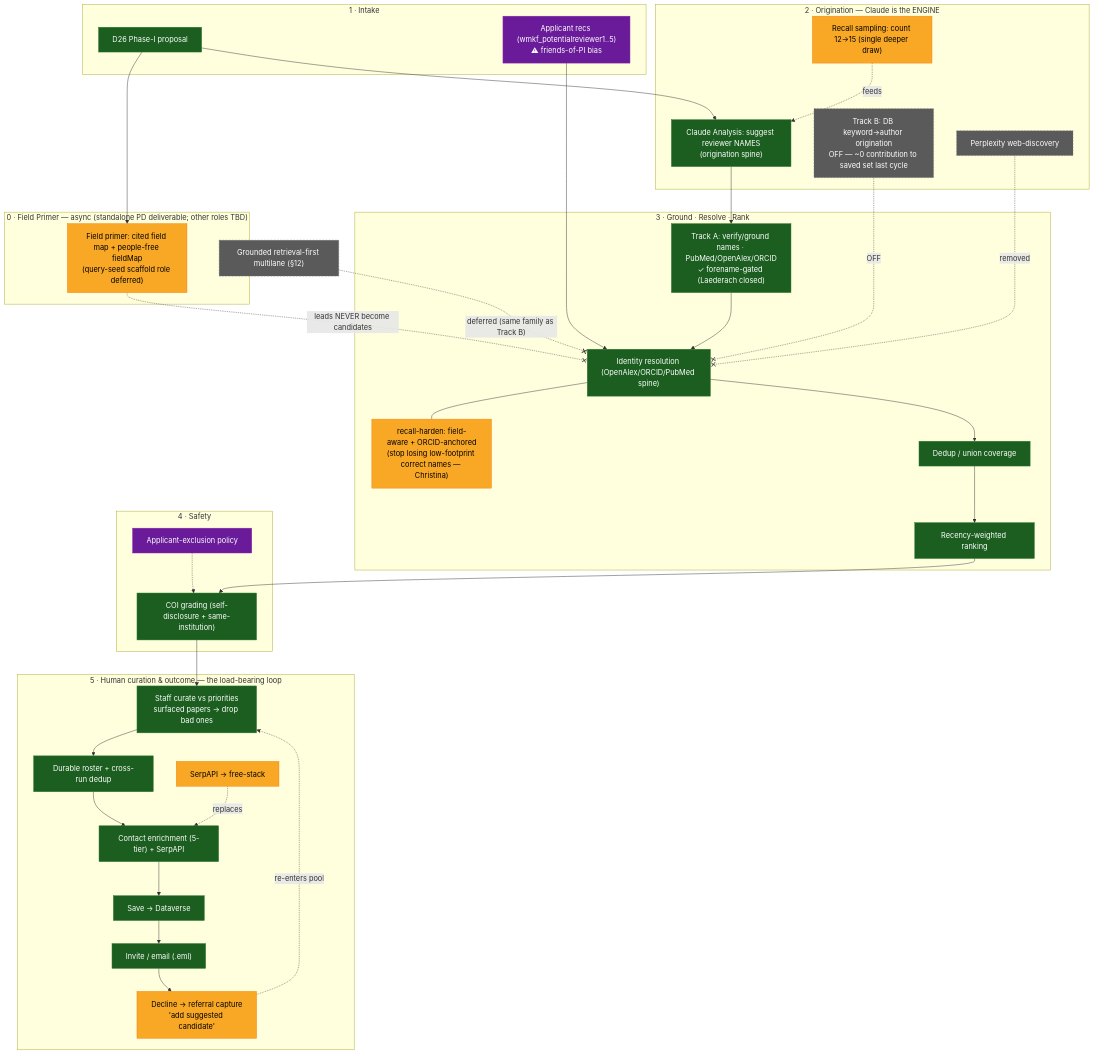
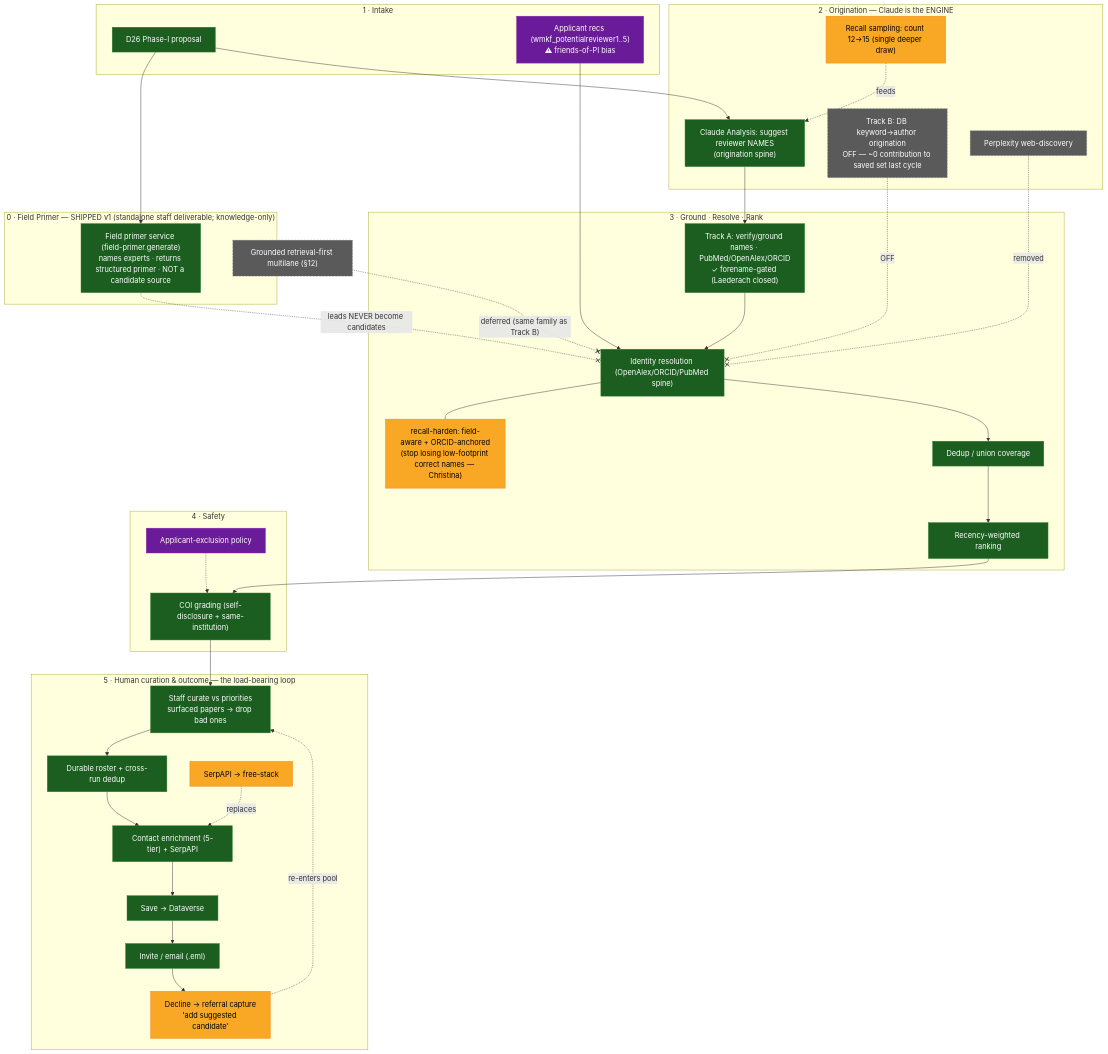
Before and after one commit to justingallivan/wmkf-research-apps: the diagram in docs/REVIEWER_FINDER_D26_PIPELINE_FLOWCHART.md, drawn with Mermaid. The commit also changed other lines of this file and 12 other files, not shown here.

````diff
--- a/docs/REVIEWER_FINDER_D26_PIPELINE_FLOWCHART.md
+++ b/docs/REVIEWER_FINDER_D26_PIPELINE_FLOWCHART.md
@@ -24,70 +24,70 @@
 ```mermaid
 flowchart TD
-    subgraph PRIMER["0 · Field Primer — async (standalone PD deliverable; other roles TBD)"]
-        PR["Field primer: cited field map + people-free fieldMap<br/>(query-seed scaffold role deferred)"]
+    subgraph PRIMER["0 · Field Primer — SHIPPED v1 (standalone staff deliverable; knowledge-only)"]
+        PR["Field primer service (field-primer.generate)<br/>names experts · returns structured primer · NOT a candidate source"]
     end
 
     subgraph INPUT["1 · Intake"]
         P[D26 Phase-I proposal]
         AppRecs["Applicant recs (wmkf_potentialreviewer1..5)<br/>⚠ friends-of-PI bias"]
     end
 
     subgraph ORIG["2 · Origination — Claude is the ENGINE"]
         CA["Claude Analysis: suggest reviewer NAMES<br/>(origination spine)"]
         RS["Recall sampling: count 12→15 (single deeper draw)"]
         TB["Track B: DB keyword→author origination<br/>OFF — ~0 contribution to saved set last cycle"]
         WEB["Perplexity web-discovery"]
     end
 
     subgraph GROUND["3 · Ground · Resolve · Rank"]
         TA["Track A: verify/ground names · PubMed/OpenAlex/ORCID<br/>✓ forename-gated (Laederach closed)"]
         ID["Identity resolution (OpenAlex/ORCID/PubMed spine)"]
         IDFIX["recall-harden: field-aware + ORCID-anchored<br/>(stop losing low-footprint correct names — Christina)"]
         DD["Dedup / union coverage"]
         RK["Recency-weighted ranking"]
     end
 
     subgraph GATE["4 · Safety"]
         COI["COI grading (self-disclosure + same-institution)"]
         EXC["Applicant-exclusion policy"]
     end
 
     subgraph HUMAN["5 · Human curation & outcome — the load-bearing loop"]
         CUR["Staff curate vs priorities<br/>surfaced papers → drop bad ones"]
         ROSTER["Durable roster + cross-run dedup"]
         ENR["Contact enrichment (5-tier) + SerpAPI"]
         SERP["SerpAPI → free-stack"]
         SAVE["Save → Dataverse"]
         INVITE["Invite / email (.eml)"]
         REF["Decline → referral capture<br/>'add suggested candidate'"]
     end
 
     GROUNDED["Grounded retrieval-first multilane (§12)"]
 
     P --> PR
     P --> CA
     RS -.feeds.-> CA
     AppRecs --> ID
     CA --> TA --> ID
     TB -. OFF .-x ID
     WEB -. removed .-x ID
     PR -. leads NEVER become candidates .-x ID
     ID --- IDFIX
     ID --> DD --> RK --> COI
     EXC -.-> COI
     COI --> CUR --> ROSTER --> ENR --> SAVE --> INVITE
     SERP -. replaces .-> ENR
     INVITE --> REF
     REF -. re-enters pool .-> CUR
     GROUNDED -. deferred (same family as Track B) .-x ID
 
     classDef exists fill:#1b5e20,stroke:#2e7d32,color:#fff
     classDef build fill:#f9a825,stroke:#f57f17,color:#000
     classDef dead fill:#5a5a5a,stroke:#777,color:#fff,stroke-dasharray:4 3
     classDef open fill:#6a1b9a,stroke:#8e24aa,color:#fff
 
-    class P,CA,TA,ID,DD,RK,COI,CUR,ROSTER,ENR,SAVE,INVITE exists
-    class RS,IDFIX,SERP,REF,PR build
+    class P,CA,TA,ID,DD,RK,COI,CUR,ROSTER,ENR,SAVE,INVITE,PR exists
+    class RS,IDFIX,SERP,REF build
     class WEB,GROUNDED,TB dead
     class EXC,AppRecs open
 ```
````
